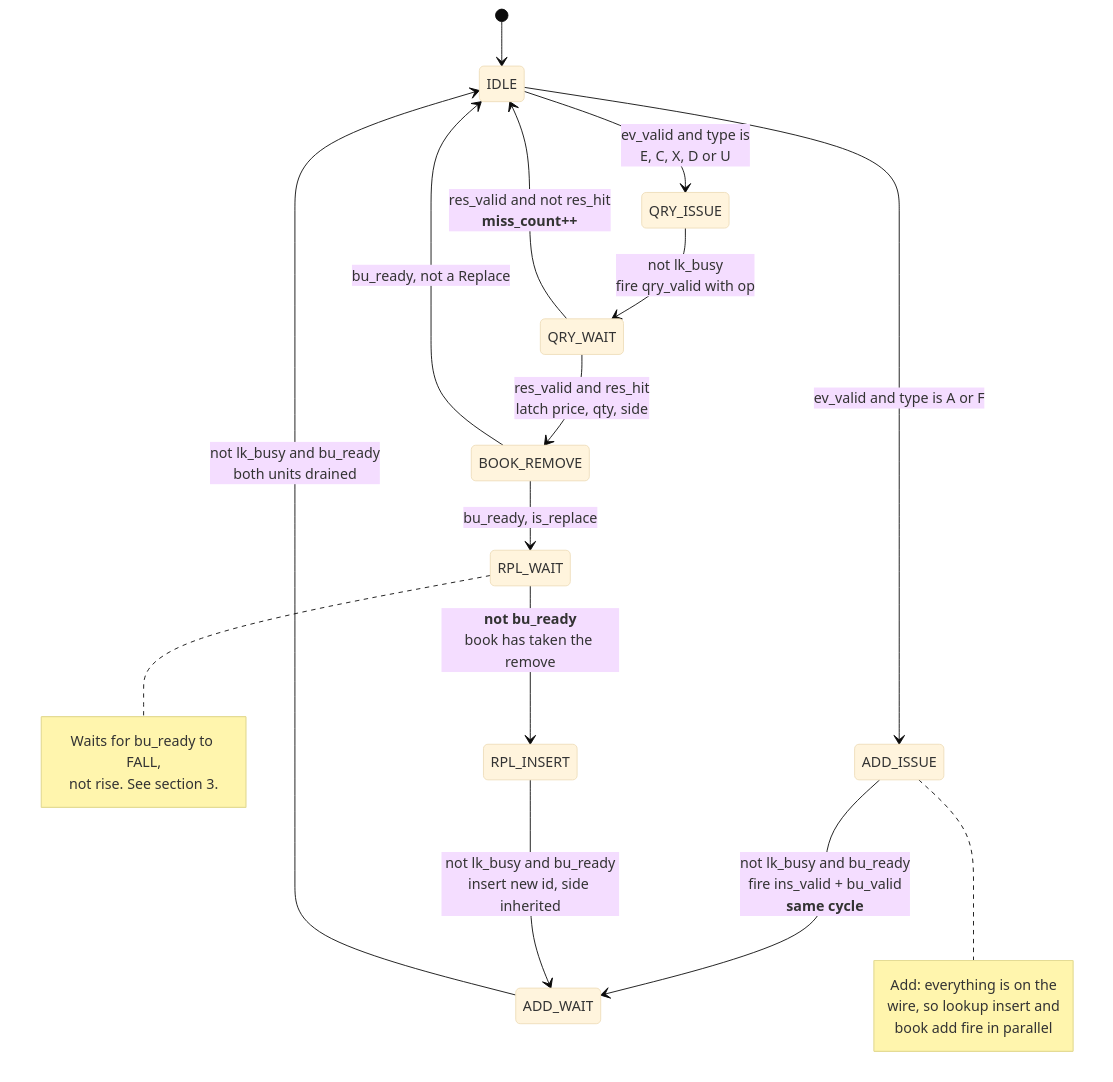
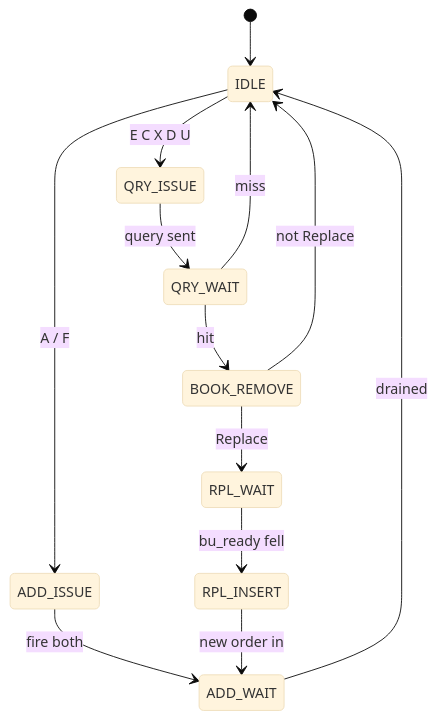
One commit to Rushmello369/fpga-feed-handler changed the first of 4 diagrams in docs/diagrams/event_dispatcher.md. Above: the diagram before and after it, drawn with Mermaid (base theme). The commit also changed other lines of this file and 12 other files, not shown here.

Commit message:
add diagrams for system and module architectures

````diff
--- a/docs/diagrams/event_dispatcher.md
+++ b/docs/diagrams/event_dispatcher.md
@@ -16,30 +16,15 @@
 ```mermaid
 stateDiagram-v2
     [*] --> IDLE
-
-    IDLE --> ADD_ISSUE : ev_valid and type is A or F
-    IDLE --> QRY_ISSUE : ev_valid and type is<br/>E, C, X, D or U
-
-    ADD_ISSUE --> ADD_WAIT : not lk_busy and bu_ready<br/>fire ins_valid + bu_valid<br/><b>same cycle</b>
-    ADD_WAIT --> IDLE : not lk_busy and bu_ready<br/>both units drained
-
-    QRY_ISSUE --> QRY_WAIT : not lk_busy<br/>fire qry_valid with op
-    QRY_WAIT --> BOOK_REMOVE : res_valid and res_hit<br/>latch price, qty, side
-    QRY_WAIT --> IDLE : res_valid and not res_hit<br/><b>miss_count++</b>
-
-    BOOK_REMOVE --> IDLE : bu_ready, not a Replace
-    BOOK_REMOVE --> RPL_WAIT : bu_ready, is_replace
-    RPL_WAIT --> RPL_INSERT : <b>not bu_ready</b><br/>book has taken the remove
-    RPL_INSERT --> ADD_WAIT : not lk_busy and bu_ready<br/>insert new id, side inherited
-
-    note right of ADD_ISSUE
-        Add: everything is on the
-        wire, so lookup insert and
-        book add fire in parallel
-    end note
-
-    note right of RPL_WAIT
-        Waits for bu_ready to FALL,
-        not rise. See section 3.
-    end note
+    IDLE --> ADD_ISSUE: A / F
+    IDLE --> QRY_ISSUE: E C X D U
+    ADD_ISSUE --> ADD_WAIT: fire both
+    ADD_WAIT --> IDLE: drained
+    QRY_ISSUE --> QRY_WAIT: query sent
+    QRY_WAIT --> BOOK_REMOVE: hit
+    QRY_WAIT --> IDLE: miss
+    BOOK_REMOVE --> IDLE: not Replace
+    BOOK_REMOVE --> RPL_WAIT: Replace
+    RPL_WAIT --> RPL_INSERT: bu_ready fell
+    RPL_INSERT --> ADD_WAIT: new order in
 ```
````
